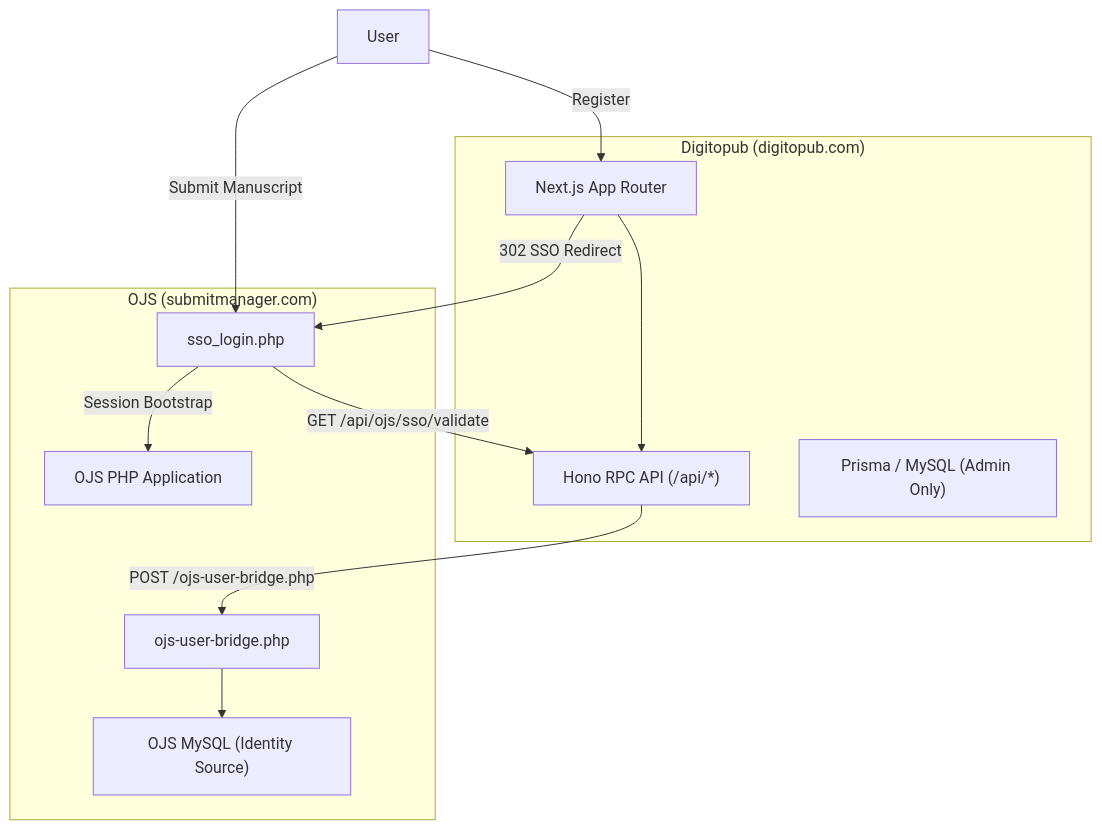
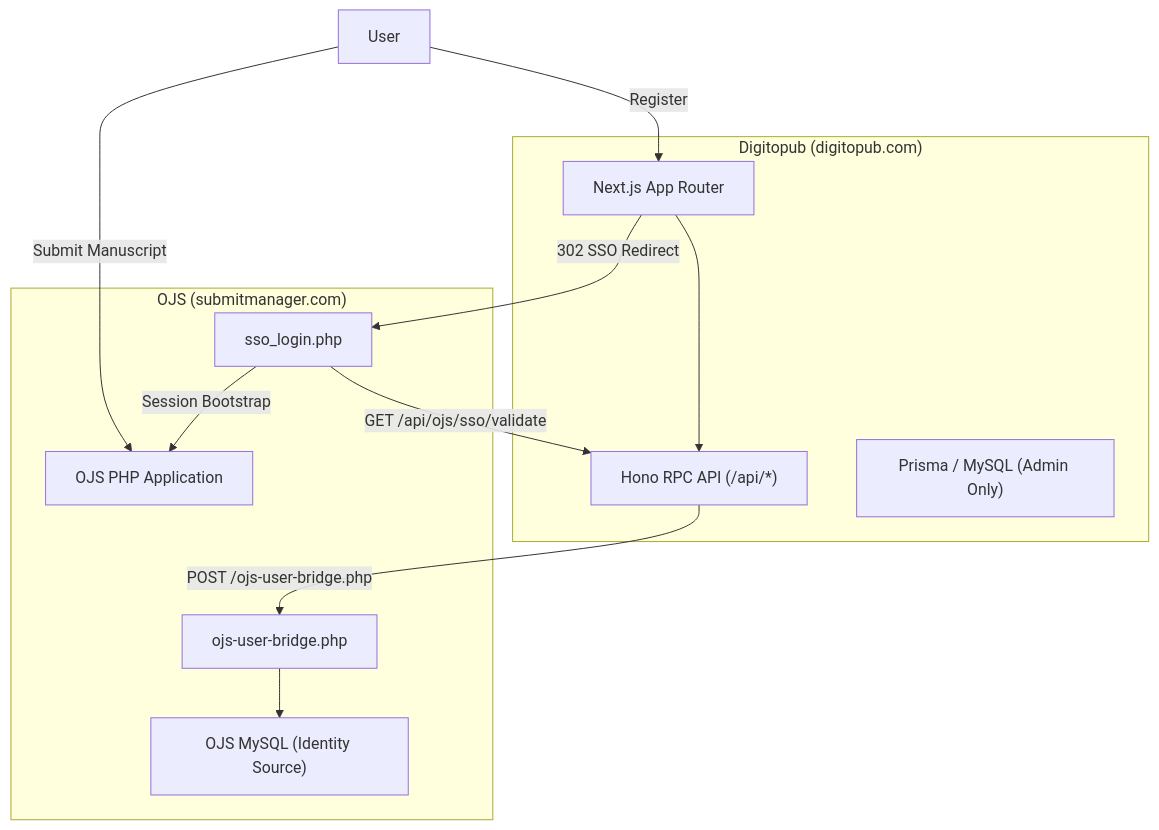
The first of 4 diagrams in docs/implementation_plan.md (azizwarpai-ctrl/scientific-journals-website), drawn with Mermaid before and after one commit.

Commit message:
docs: correct submission flow routing in implementation plan diagram

````diff
--- a/docs/implementation_plan.md
+++ b/docs/implementation_plan.md
@@ -7,24 +7,24 @@
 ```mermaid
 graph TD
     subgraph Digitopub["Digitopub (digitopub.com)"]
         NextJS["Next.js App Router"]
         HonoAPI["Hono RPC API (/api/*)"]
         PrismaDB["Prisma / MySQL (Admin Only)"]
     end
 
     subgraph OJS["OJS (submitmanager.com)"]
         OJSPHP["OJS PHP Application"]
         SSOReceiver["sso_login.php"]
         Bridge["ojs-user-bridge.php"]
         OJSDB["OJS MySQL (Identity Source)"]
     end
 
     User -->|Register| NextJS
-    User -->|Submit Manuscript| SSOReceiver
+    User -->|Submit Manuscript| OJSPHP
     NextJS --> HonoAPI
     HonoAPI -->|POST /ojs-user-bridge.php| Bridge
     Bridge --> OJSDB
     NextJS -->|302 SSO Redirect| SSOReceiver
     SSOReceiver -->|GET /api/ojs/sso/validate| HonoAPI
     SSOReceiver -->|Session Bootstrap| OJSPHP
 ```
````
